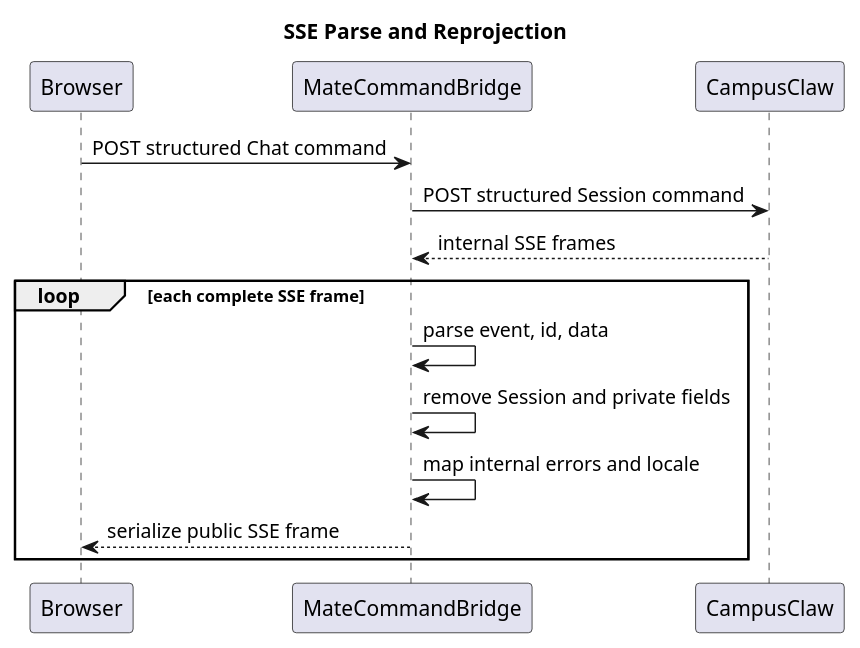
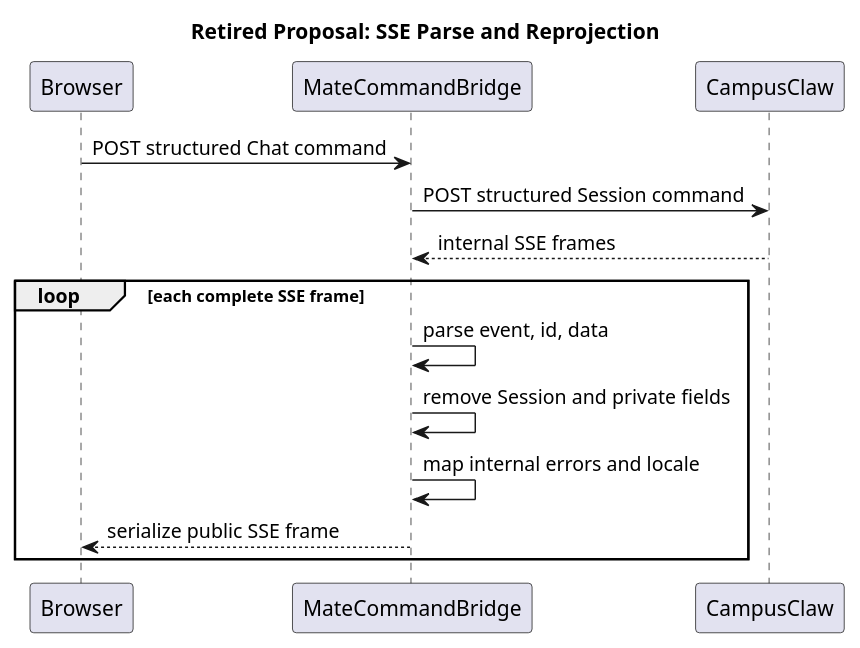
Before and after one commit to ssm0808/pi-mono-java-design: the second of 2 diagrams in 02-服务与接口/06-mate-service聊天命令API/设计图/diagram.puml, drawn with PlantUML. The commit also changed other lines of this file and 47 other files, not shown here.

```diff
--- a/02-服务与接口/06-mate-service聊天命令API/设计图/diagram.puml
+++ b/02-服务与接口/06-mate-service聊天命令API/设计图/diagram.puml
@@ -23,23 +23,23 @@
 @startuml public_sse_projection
-title SSE Parse and Reprojection
+title Retired Proposal: SSE Parse and Reprojection
 skinparam shadowing false
 
 ' Source evidence: mate-service@956b547f src/main/java/com/huawei/hicampus/mate/agentdefinition/modelmanager/service/UpstreamChatCall.java:19-31
 ' Observed behavior: the current model proxy forwards bytes and has no CampusClaw event projector.
-' Architecture change: mate-service is not a byte-transparent proxy.
+' Retired target-only proposal: mate-service is not a byte-transparent proxy.
 ' Design reason: public authentication, identifiers, and error semantics differ from the internal Runtime contract.
 
 participant Browser
 participant MateCommandBridge as Mate
 participant CampusClaw
 
 Browser -> Mate : POST structured Chat command
 Mate -> CampusClaw : POST structured Session command
 CampusClaw --> Mate : internal SSE frames
 loop each complete SSE frame
   Mate -> Mate : parse event, id, data
   Mate -> Mate : remove Session and private fields
   Mate -> Mate : map internal errors and locale
   Mate --> Browser : serialize public SSE frame
 end
 @enduml
```
